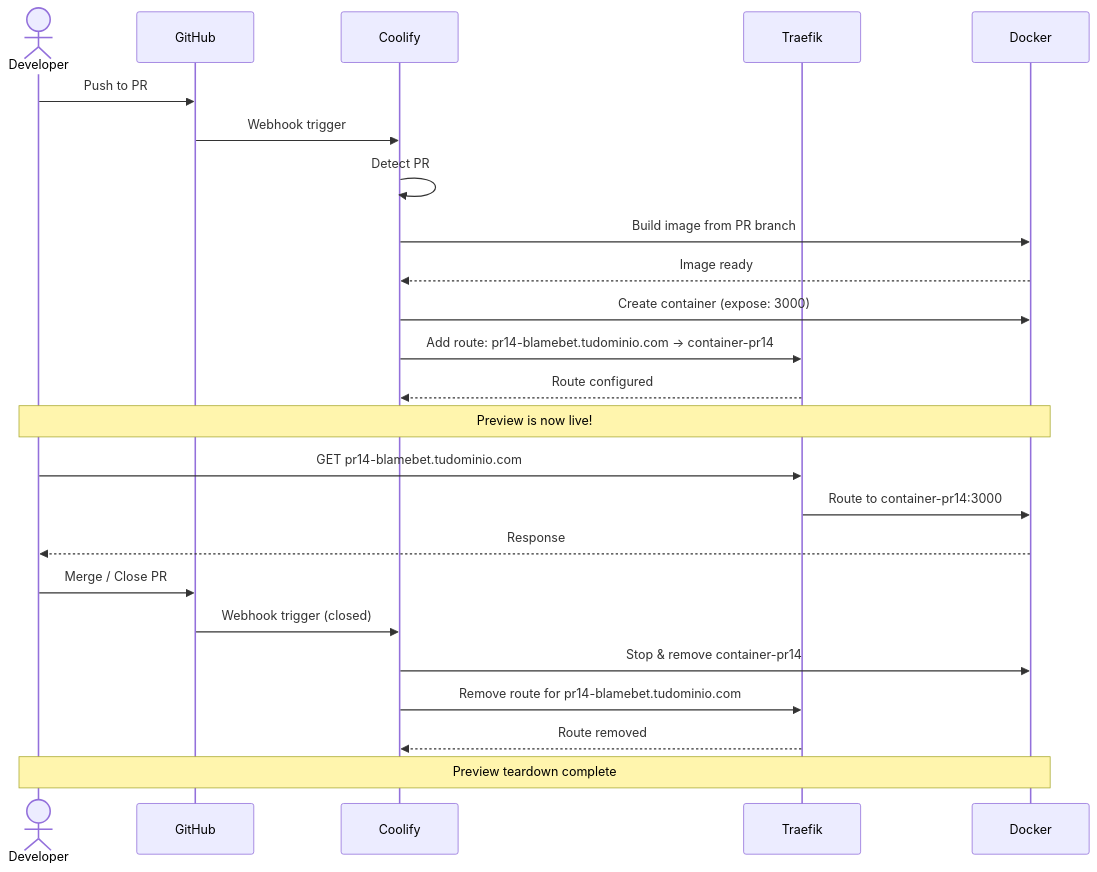
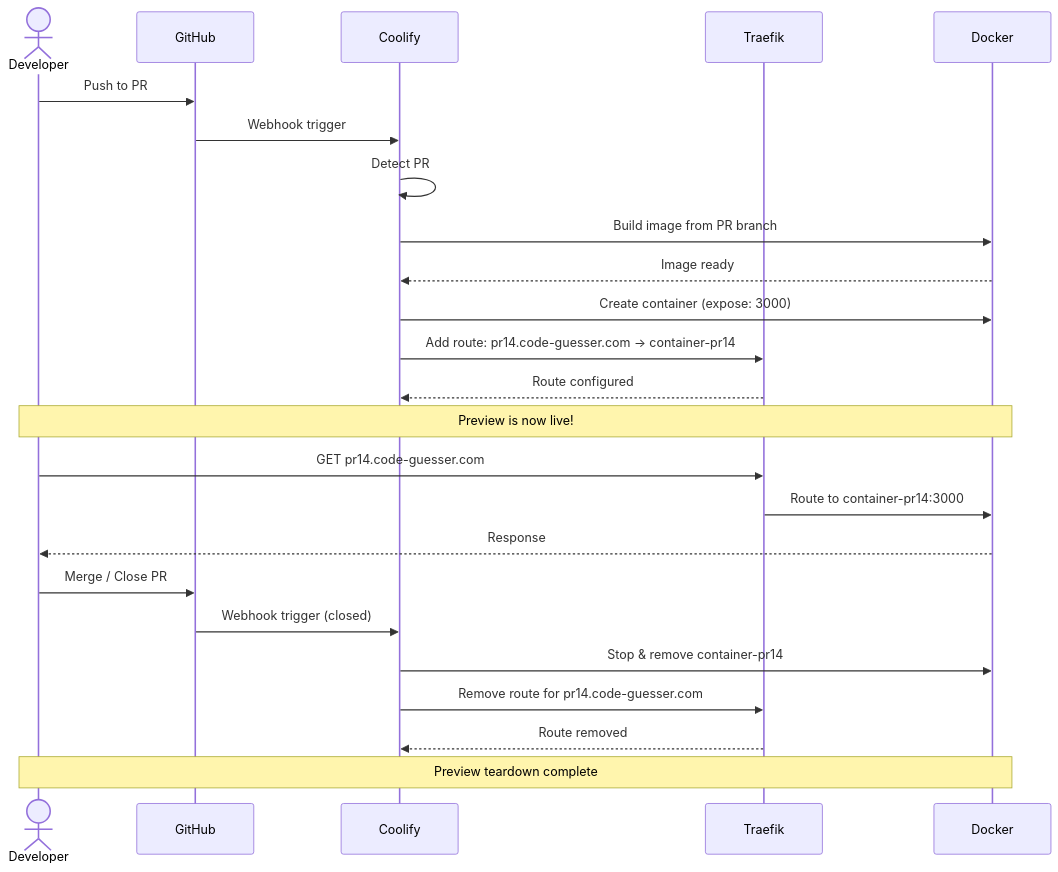
One commit to leandroFernandez94/git-blame-bet changed the third of 5 diagrams in docs/architecture/coolify-docker-deployment.md. Above: the diagram before and after it, drawn with Mermaid. The commit also changed other lines of this file, not shown here.

Commit message:
docs: update architecture docs for code-guesser.com domain and clarify TLS settings

````diff
--- a/docs/architecture/coolify-docker-deployment.md
+++ b/docs/architecture/coolify-docker-deployment.md
@@ -89,31 +118,31 @@
 ```mermaid
 sequenceDiagram
     actor DEV as Developer
     participant GH as GitHub
     participant COOL as Coolify
     participant TRAEFIK as Traefik
     participant DOCKER as Docker
 
     DEV->>GH: Push to PR #14 branch
     GH->>COOL: Webhook trigger
     COOL->>COOL: Detect PR #14
     COOL->>DOCKER: Build image from PR branch
     DOCKER-->>COOL: Image ready
     COOL->>DOCKER: Create container (expose: 3000)
-    COOL->>TRAEFIK: Add route: pr14-blamebet.tudominio.com → container-pr14
+    COOL->>TRAEFIK: Add route: pr14.code-guesser.com → container-pr14
     TRAEFIK-->>COOL: Route configured
 
     Note over DEV,DOCKER: Preview is now live!
 
-    DEV->>TRAEFIK: GET pr14-blamebet.tudominio.com
+    DEV->>TRAEFIK: GET pr14.code-guesser.com
     TRAEFIK->>DOCKER: Route to container-pr14:3000
     DOCKER-->>DEV: Response
 
     DEV->>GH: Merge / Close PR #14
     GH->>COOL: Webhook trigger (closed)
     COOL->>DOCKER: Stop & remove container-pr14
-    COOL->>TRAEFIK: Remove route for pr14-blamebet.tudominio.com
+    COOL->>TRAEFIK: Remove route for pr14.code-guesser.com
     TRAEFIK-->>COOL: Route removed
 
     Note over DEV,DOCKER: Preview teardown complete
 ```
````
